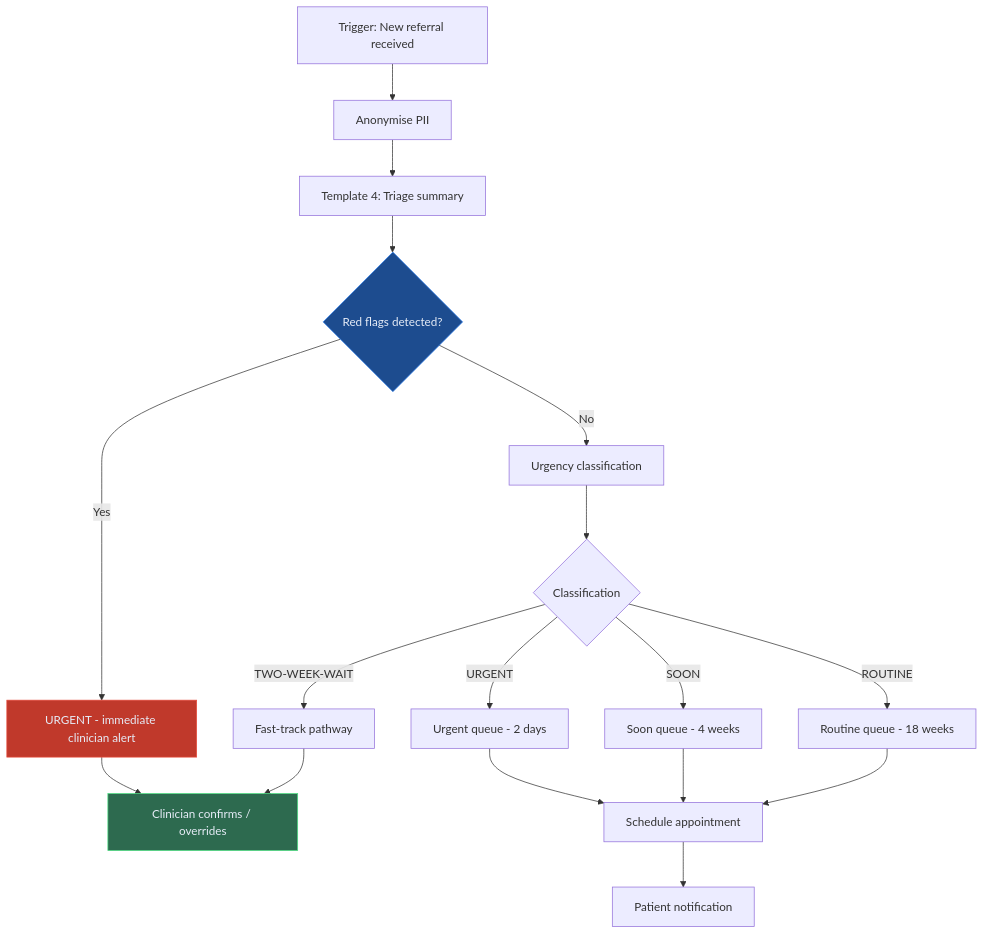
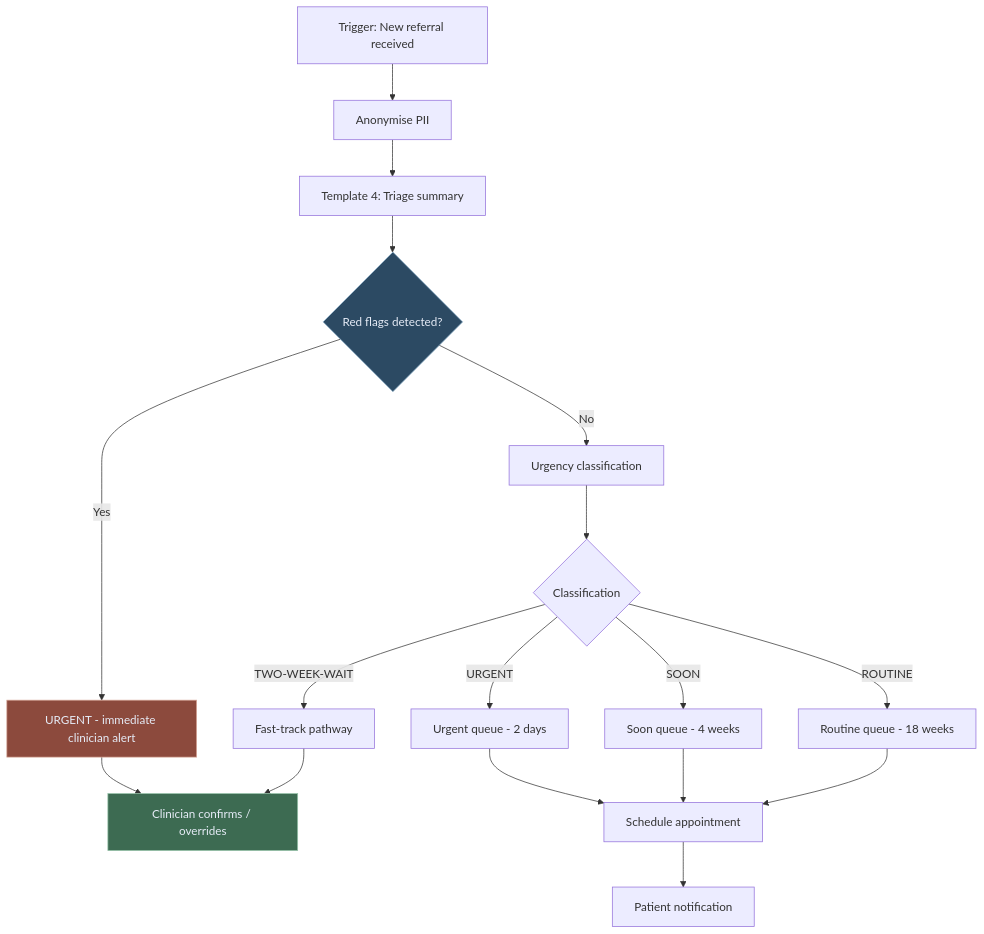
One commit to lorvexai/lorvexai changed the sixth of 8 diagrams in blog/ai-prompt-and-workflow-templates.md. Above: the diagram before and after it, drawn with Mermaid. The commit also changed other lines of this file and 16 other files, not shown here.

First line of the commit message:
Retune hardcoded Mermaid node colors to match the site palette

````diff
--- a/blog/ai-prompt-and-workflow-templates.md
+++ b/blog/ai-prompt-and-workflow-templates.md
@@ -323,23 +323,23 @@
 ```mermaid
 flowchart TD
     T[Trigger: New referral received] --> AN[Anonymise PII]
     AN --> T4[Template 4: Triage summary]
     T4 --> RF{Red flags detected?}
     RF -->|Yes| UR[URGENT - immediate clinician alert]
     RF -->|No| CL[Urgency classification]
     CL --> C2{Classification}
     C2 -->|TWO-WEEK-WAIT| TW[Fast-track pathway]
     C2 -->|URGENT| UQ[Urgent queue - 2 days]
     C2 -->|SOON| SQ[Soon queue - 4 weeks]
     C2 -->|ROUTINE| RQ[Routine queue - 18 weeks]
     UR --> UR2[Clinician confirms / overrides]
     TW --> UR2
     UQ --> SC[Schedule appointment]
     SQ --> SC
     RQ --> SC
     SC --> PT[Patient notification]
 
-    style RF fill:#1D4C8F,stroke:#2F80ED,color:#E6ECF7
-    style UR fill:#C0392B,stroke:#e74c3c,color:#E6ECF7
-    style UR2 fill:#2D6A4F,stroke:#4ade80,color:#E6ECF7
+    style RF fill:#2C4A63,stroke:#8FB2CC,color:#E6ECF7
+    style UR fill:#8C4A3D,stroke:#D6A697,color:#E6ECF7
+    style UR2 fill:#3D6B52,stroke:#95C2A8,color:#E6ECF7
 ```
````
